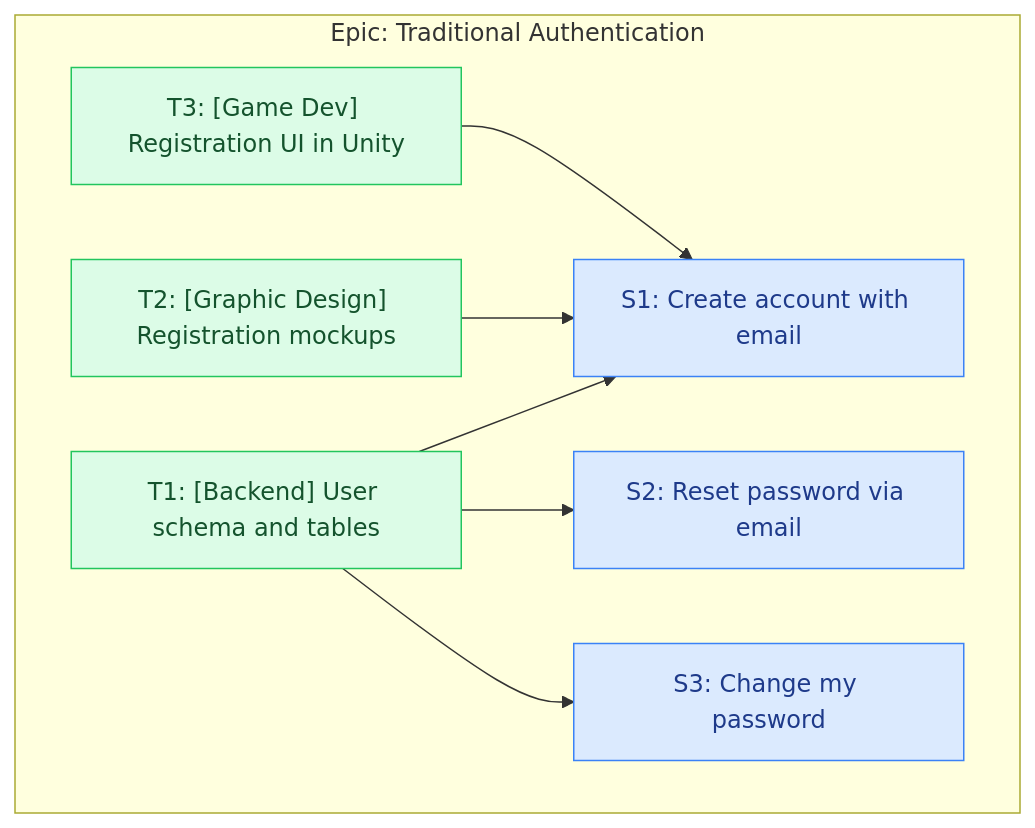
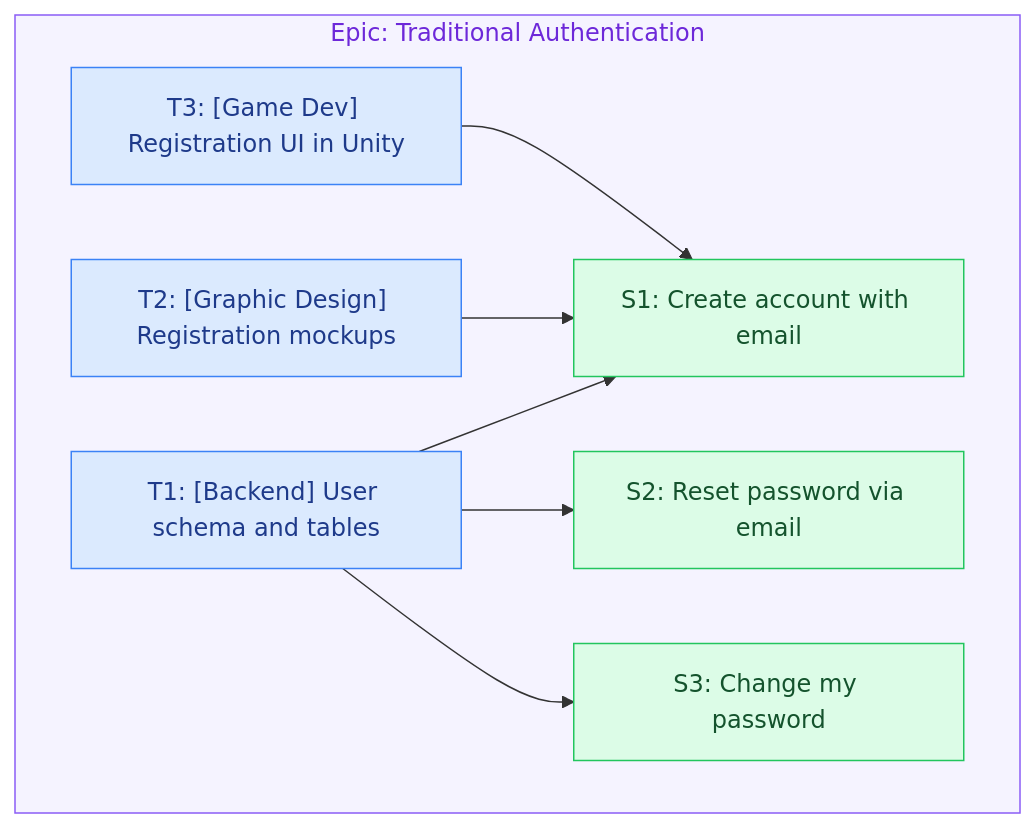
Before and after one commit to mfozmen/groomie: the diagram in skills/groomie/references/examples.md, drawn with Mermaid. The commit also changed 3 other files, not shown here.

````diff
--- a/skills/groomie/references/examples.md
+++ b/skills/groomie/references/examples.md
@@ -121,20 +121,21 @@
 ```mermaid
 flowchart TD
   subgraph epic1["Epic: Traditional Authentication"]
     S1["S1: Create account with email"]
     S2["S2: Reset password via email"]
     S3["S3: Change my password"]
     T1["T1: [Backend] User schema and tables"]
     T2["T2: [Graphic Design] Registration mockups"]
     T3["T3: [Game Dev] Registration UI in Unity"]
   end
   T1 --> S1
   T1 --> S2
   T1 --> S3
   T2 --> S1
   T3 --> S1
-  classDef story fill:#dbeafe,stroke:#3b82f6,color:#1e3a8a;
-  classDef task  fill:#dcfce7,stroke:#22c55e,color:#14532d;
+  classDef story fill:#dcfce7,stroke:#22c55e,color:#14532d;
+  classDef task  fill:#dbeafe,stroke:#3b82f6,color:#1e3a8a;
   class S1,S2,S3 story;
   class T1,T2,T3 task;
+  style epic1 fill:#f5f3ff,stroke:#8b5cf6,color:#6d28d9;
 ```
````
